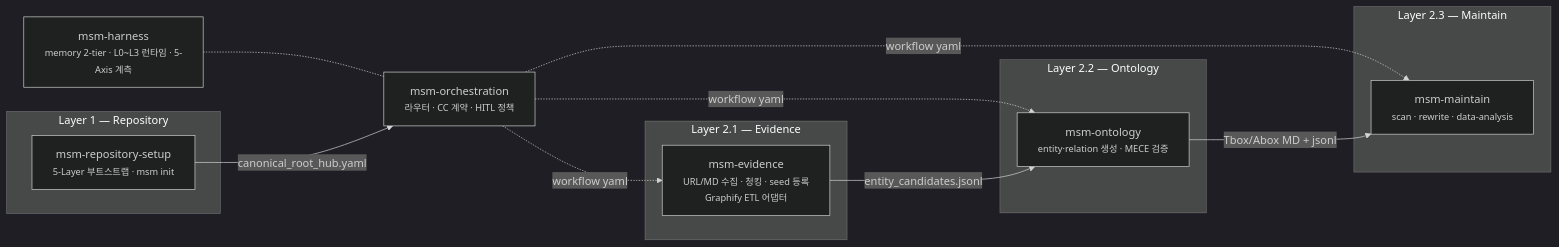
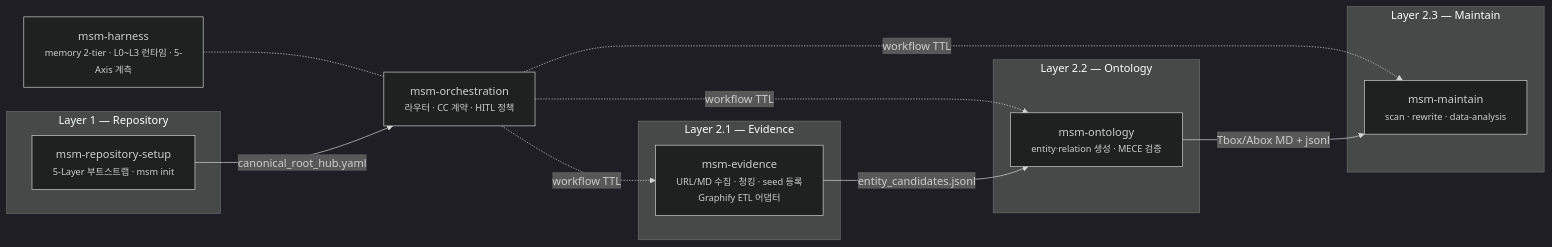
The diagram in README.md (WMJOON/markdown-scaffolding-multihop), drawn with Mermaid (dark theme) before and after one commit. The commit also changed other lines of this file and 17 other files, not shown here.

Commit message:
feat(msm): promote provider-free workflow TTL v0.13.2

````diff
--- a/README.md
+++ b/README.md
@@ -87,26 +99,26 @@
 ```mermaid
 flowchart LR
     ORCH["msm-orchestration<br/><small>라우터 · CC 계약 · HITL 정책</small>"]
     HRN["msm-harness<br/><small>memory 2-tier · L0~L3 런타임 · 5-Axis 계측</small>"]
 
     subgraph evidence["Layer 2.1 — Evidence"]
         ev["msm-evidence<br/><small>URL/MD 수집 · 청킹 · seed 등록<br/>Graphify ETL 어댑터</small>"]
     end
     subgraph ontology["Layer 2.2 — Ontology"]
         ont["msm-ontology<br/><small>entity·relation 생성 · MECE 검증</small>"]
     end
     subgraph maintain["Layer 2.3 — Maintain"]
         mnt["msm-maintain<br/><small>scan · rewrite · data-analysis</small>"]
     end
     subgraph setup["Layer 1 — Repository"]
         rs["msm-repository-setup<br/><small>5-Layer 부트스트랩 · msm init</small>"]
     end
 
-    ORCH -.->|workflow yaml| ev
-    ORCH -.->|workflow yaml| ont
-    ORCH -.->|workflow yaml| mnt
+    ORCH -.->|workflow TTL| ev
+    ORCH -.->|workflow TTL| ont
+    ORCH -.->|workflow TTL| mnt
     HRN -.- ORCH
     ev -- "entity_candidates.jsonl" --> ont
     ont -- "Tbox/Abox MD + jsonl" --> mnt
     rs -- "canonical_root_hub.yaml" --> ORCH
 ```
````
